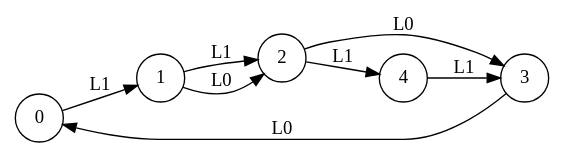
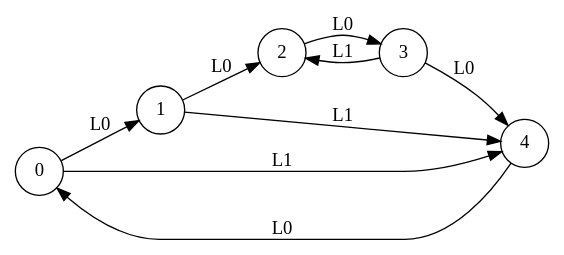
The diagram in automata/automaton_5_2_2_9.dot (k85-ai/KB1), drawn with Graphviz before and after one commit. The commit also changed 441 other files, not shown here.

```diff
--- a/automata/automaton_5_2_2_9.dot
+++ b/automata/automaton_5_2_2_9.dot
@@ -1,15 +1,16 @@
 digraph dotMachine {
   rankdir=LR;
   0 [shape=circle, label="0"];
   1 [shape=circle, label="1"];
   2 [shape=circle, label="2"];
   3 [shape=circle, label="3"];
   4 [shape=circle, label="4"];
-  0 -> 1 [label="L1"];
-  1 -> 2 [label="L1"];
+  0 -> 1 [label="L0"];
+  1 -> 2 [label="L0"];
   2 -> 3 [label="L0"];
-  2 -> 4 [label="L1"];
-  1 -> 2 [label="L0"];
-  4 -> 3 [label="L1"];
-  3 -> 0 [label="L0"];
+  3 -> 4 [label="L0"];
+  4 -> 0 [label="L0"];
+  1 -> 4 [label="L1"];
+  0 -> 4 [label="L1"];
+  3 -> 2 [label="L1"];
 }
```
